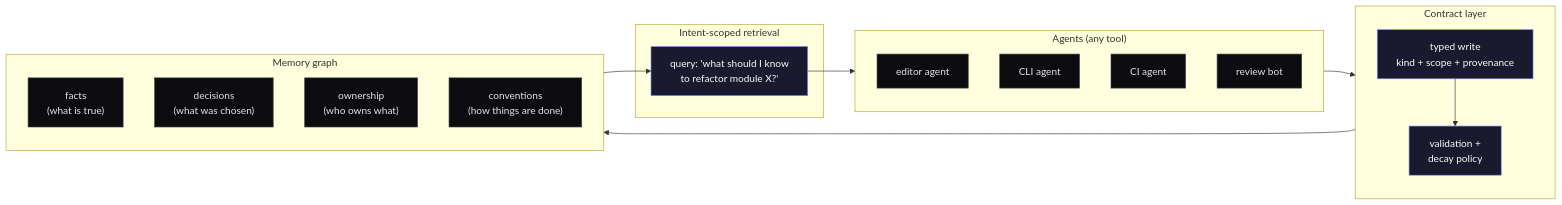
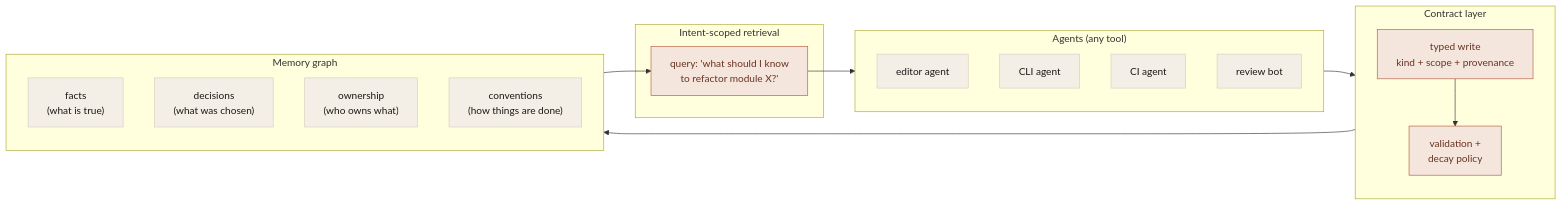
Before and after one commit to sagar8080/sagar8080.github.io: the first of 2 diagrams in content/writing/agent-memory-as-infrastructure.mdx, drawn with Mermaid. The commit also changed other lines of this file and 21 other files, not shown here.

````diff
--- a/content/writing/agent-memory-as-infrastructure.mdx
+++ b/content/writing/agent-memory-as-infrastructure.mdx
@@ -32,34 +32,34 @@
 ```mermaid
 flowchart LR
-  classDef accent fill:#1a1a2e,stroke:#818cf8,color:#fafafa
-  classDef plain fill:#0c0c10,stroke:#3f3f46,color:#e4e4e7
+  classDef accent fill:#f4e6dd,stroke:#b45a3c,color:#6A3320
+  classDef plain fill:#f3efe7,stroke:#d4cdbe,color:#1c1917
 
   subgraph Tools["Agents (any tool)"]
     direction TB
     T1[editor agent]:::plain
     T2[CLI agent]:::plain
     T3[CI agent]:::plain
     T4[review bot]:::plain
   end
 
   subgraph Contract["Contract layer"]
     direction TB
     C1[typed write<br/>kind + scope + provenance]:::accent
     C2[validation +<br/>decay policy]:::accent
   end
 
   subgraph Memory["Memory graph"]
     direction TB
     M1["facts<br/>(what is true)"]:::plain
     M2["decisions<br/>(what was chosen)"]:::plain
     M3["ownership<br/>(who owns what)"]:::plain
     M4["conventions<br/>(how things are done)"]:::plain
   end
 
   subgraph Retrieval["Intent-scoped retrieval"]
     R1["query: 'what should I know<br/>to refactor module X?'"]:::accent
   end
 
   Tools --> C1 --> C2 --> Memory
   Memory --> R1 --> Tools
 ```
````
